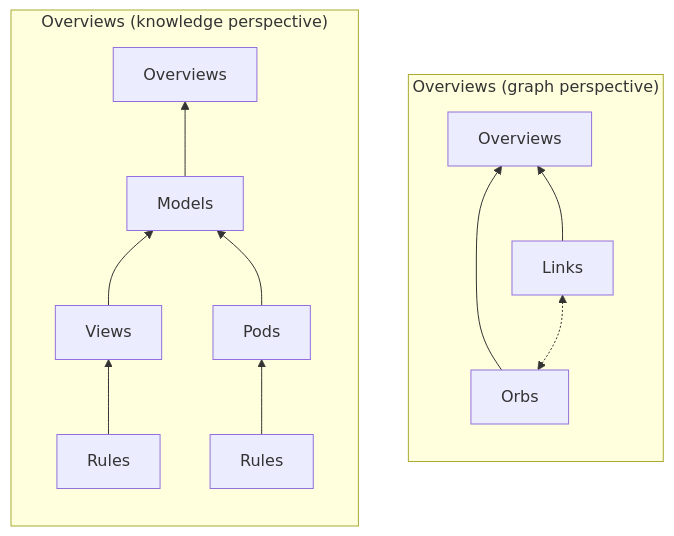
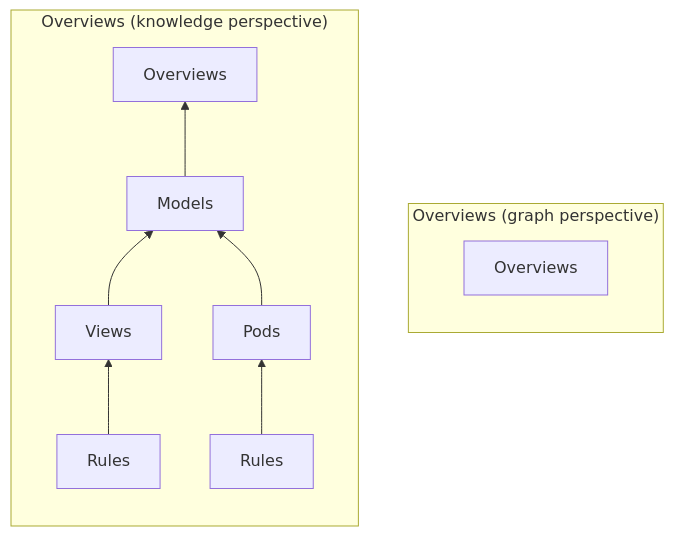
One commit to cosmic-knowledge/docs changed the diagram in about/terminology.md. Above: the diagram before and after it, drawn with Mermaid. The commit also changed 5 other files, not shown here.

Commit message:
remove "orbs and links" concept; fixups

````diff
--- a/about/terminology.md
+++ b/about/terminology.md
@@ -3,22 +3,18 @@
 ```mermaid
 flowchart TD
   subgraph "Overviews (graph perspective)"
     direction BT
     overview1[Overviews]
-
-    orb1[Orbs] --> overview1
-    link1[Links] --> overview1
-    orb1 <-.-> link1
   end
 
   subgraph "Overviews (knowledge perspective)"
     direction BT
     overview2[Overviews]
 
     model2[Models] --> overview2
     view2[Views] --> model2
     pod2[Pods] --> model2
     rule2a[Rules] --> view2
     rula2b[Rules] --> pod2
   end
 ```
````
